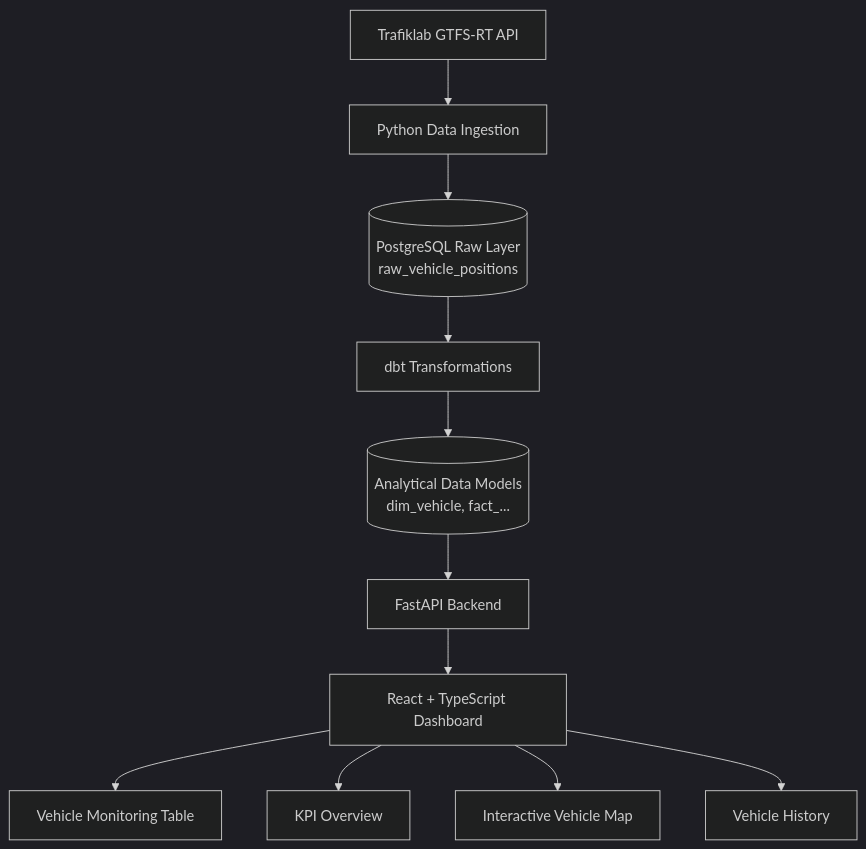
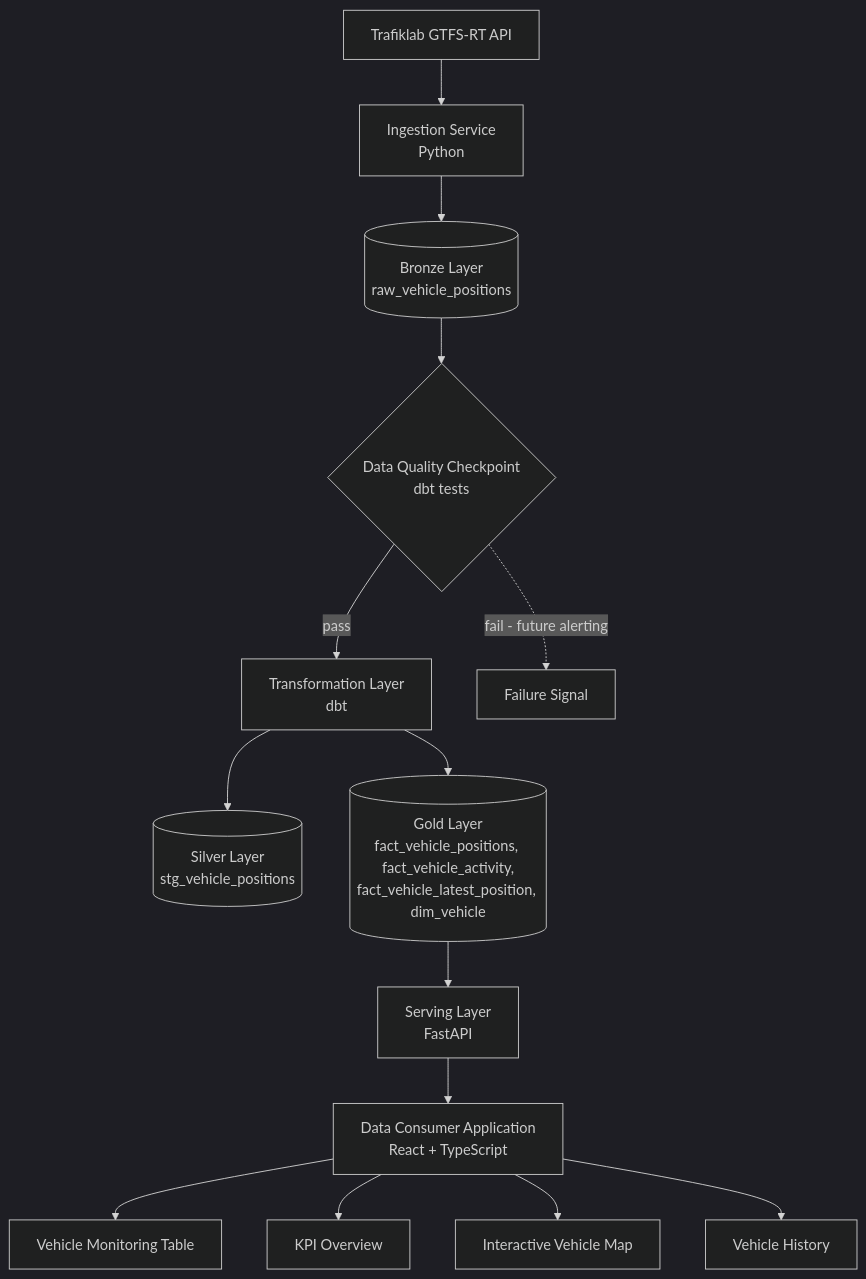
One commit to nat15hol/end-to-end-data-engineering-pipeline changed the first of 3 diagrams in README.md. Above: the diagram before and after it, drawn with Mermaid (dark theme). The commit also changed other lines of this file, not shown here.

First line of the commit message:
Improve README architecture documentation (#45)

````diff
--- a/README.md
+++ b/README.md
@@ -47,14 +69,17 @@
 ```mermaid
 graph TD
-    API[Trafiklab GTFS-RT API] --> Ingestion[Python Data Ingestion]
-    Ingestion --> Raw[(PostgreSQL Raw Layer<br>raw_vehicle_positions)]
-    Raw --> dbt[dbt Transformations]
-    dbt --> Analytics[(Analytical Data Models<br>dim_vehicle, fact_...)]
-    Analytics --> Backend[FastAPI Backend]
-    Backend --> Frontend[React + TypeScript Dashboard]
+    API[Trafiklab GTFS-RT API] --> Ingestion[Ingestion Service<br>Python]
+    Ingestion --> Bronze[(Bronze Layer<br>raw_vehicle_positions)]
+    Bronze --> Quality{Data Quality Checkpoint<br>dbt tests}
+    Quality -->|pass| Transform[Transformation Layer<br>dbt]
+    Quality -.->|fail - future alerting| Alert[Failure Signal]
+    Transform --> Silver[(Silver Layer<br>stg_vehicle_positions)]
+    Transform --> Gold[(Gold Layer<br>fact_vehicle_positions, fact_vehicle_activity,<br>fact_vehicle_latest_position, dim_vehicle)]
+    Gold --> Serving[Serving Layer<br>FastAPI]
+    Serving --> Consumer[Data Consumer Application<br>React + TypeScript]
 
-    Frontend --> Table[Vehicle Monitoring Table]
-    Frontend --> KPI[KPI Overview]
-    Frontend --> Map[Interactive Vehicle Map]
-    Frontend --> History[Vehicle History]
+    Consumer --> Table[Vehicle Monitoring Table]
+    Consumer --> KPI[KPI Overview]
+    Consumer --> Map[Interactive Vehicle Map]
+    Consumer --> History[Vehicle History]
 ```
````
